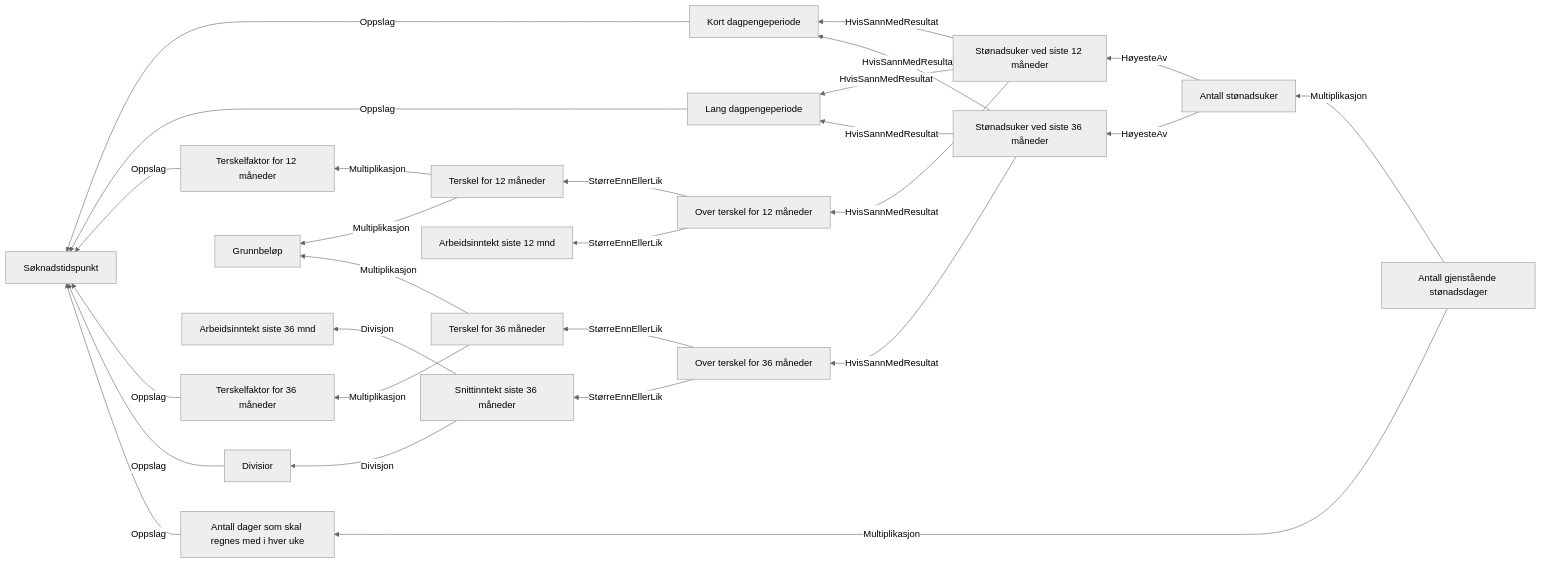
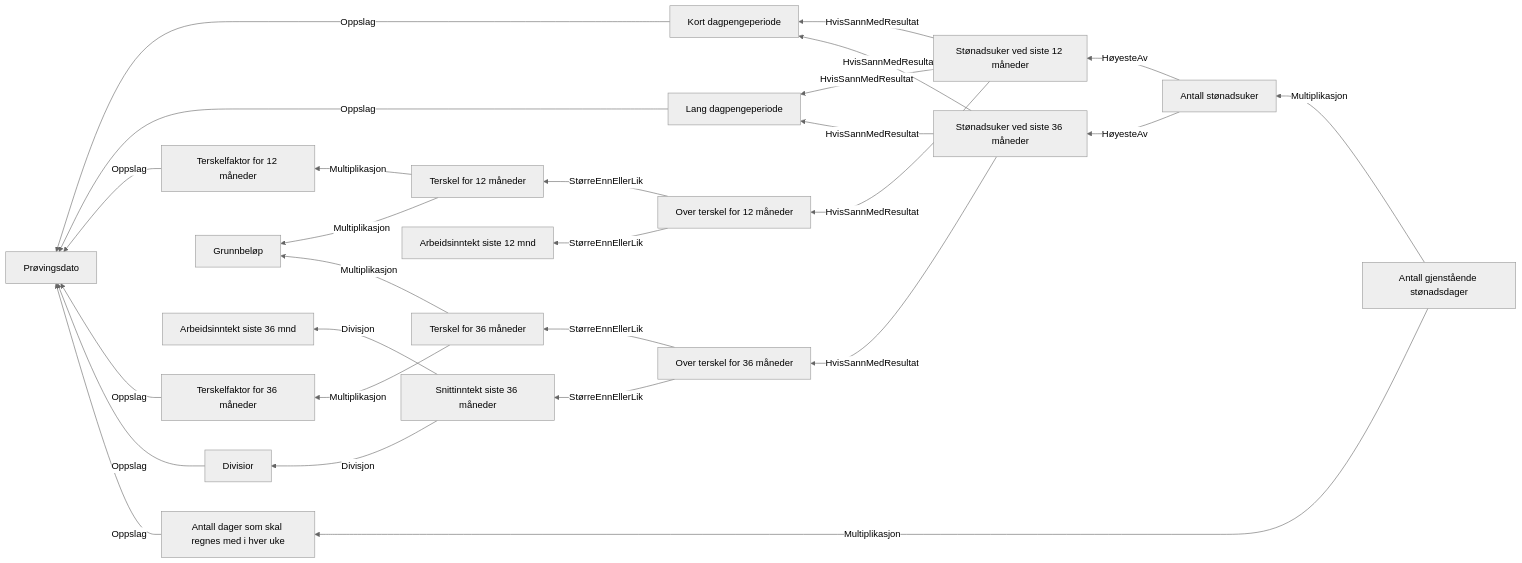
Before and after one commit to navikt/dp-vedtak: the diagram in docs/regler/§ 4-15 Antall stønadsuker, stønadsperiode.approved.md, drawn with Mermaid (neutral theme). The commit also changed 41 other files, not shown here.

Commit message:
Bytt ut søknadstidspunkt med prøvingsdato i reglene

````diff
--- a/docs/regler/§ 4-15 Antall stønadsuker, stønadsperiode.approved.md
+++ b/docs/regler/§ 4-15 Antall stønadsuker, stønadsperiode.approved.md
@@ -5,29 +5,29 @@
 ```mermaid
 graph RL
-  A["Kort dagpengeperiode"] -->|"Oppslag"| B["Søknadstidspunkt"]
-  C["Lang dagpengeperiode"] -->|"Oppslag"| B["Søknadstidspunkt"]
-  D["Terskelfaktor for 12 måneder"] -->|"Oppslag"| B["Søknadstidspunkt"]
-  E["Terskelfaktor for 36 måneder"] -->|"Oppslag"| B["Søknadstidspunkt"]
-  F["Divisior"] -->|"Oppslag"| B["Søknadstidspunkt"]
+  A["Kort dagpengeperiode"] -->|"Oppslag"| B["Prøvingsdato"]
+  C["Lang dagpengeperiode"] -->|"Oppslag"| B["Prøvingsdato"]
+  D["Terskelfaktor for 12 måneder"] -->|"Oppslag"| B["Prøvingsdato"]
+  E["Terskelfaktor for 36 måneder"] -->|"Oppslag"| B["Prøvingsdato"]
+  F["Divisior"] -->|"Oppslag"| B["Prøvingsdato"]
   G["Terskel for 12 måneder"] -->|"Multiplikasjon"| H["Grunnbeløp"]
   G["Terskel for 12 måneder"] -->|"Multiplikasjon"| D["Terskelfaktor for 12 måneder"]
   I["Terskel for 36 måneder"] -->|"Multiplikasjon"| H["Grunnbeløp"]
   I["Terskel for 36 måneder"] -->|"Multiplikasjon"| E["Terskelfaktor for 36 måneder"]
   J["Snittinntekt siste 36 måneder"] -->|"Divisjon"| K["Arbeidsinntekt siste 36 mnd"]
   J["Snittinntekt siste 36 måneder"] -->|"Divisjon"| F["Divisior"]
   L["Over terskel for 12 måneder"] -->|"StørreEnnEllerLik"| M["Arbeidsinntekt siste 12 mnd"]
   L["Over terskel for 12 måneder"] -->|"StørreEnnEllerLik"| G["Terskel for 12 måneder"]
   N["Over terskel for 36 måneder"] -->|"StørreEnnEllerLik"| J["Snittinntekt siste 36 måneder"]
   N["Over terskel for 36 måneder"] -->|"StørreEnnEllerLik"| I["Terskel for 36 måneder"]
   O["Stønadsuker ved siste 12 måneder"] -->|"HvisSannMedResultat"| L["Over terskel for 12 måneder"]
   O["Stønadsuker ved siste 12 måneder"] -->|"HvisSannMedResultat"| C["Lang dagpengeperiode"]
   O["Stønadsuker ved siste 12 måneder"] -->|"HvisSannMedResultat"| A["Kort dagpengeperiode"]
   P["Stønadsuker ved siste 36 måneder"] -->|"HvisSannMedResultat"| N["Over terskel for 36 måneder"]
   P["Stønadsuker ved siste 36 måneder"] -->|"HvisSannMedResultat"| C["Lang dagpengeperiode"]
   P["Stønadsuker ved siste 36 måneder"] -->|"HvisSannMedResultat"| A["Kort dagpengeperiode"]
   Q["Antall stønadsuker"] -->|"HøyesteAv"| O["Stønadsuker ved siste 12 måneder"]
   Q["Antall stønadsuker"] -->|"HøyesteAv"| P["Stønadsuker ved siste 36 måneder"]
-  R["Antall dager som skal regnes med i hver uke"] -->|"Oppslag"| B["Søknadstidspunkt"]
+  R["Antall dager som skal regnes med i hver uke"] -->|"Oppslag"| B["Prøvingsdato"]
   S["Antall gjenstående stønadsdager"] -->|"Multiplikasjon"| Q["Antall stønadsuker"]
   S["Antall gjenstående stønadsdager"] -->|"Multiplikasjon"| R["Antall dager som skal regnes med i hver uke"]
 ```
````
